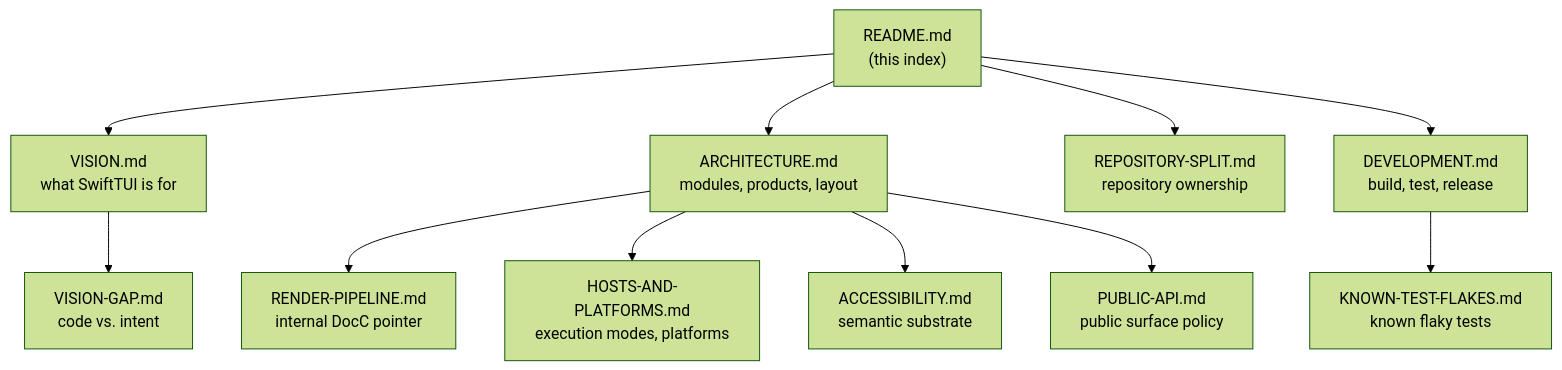
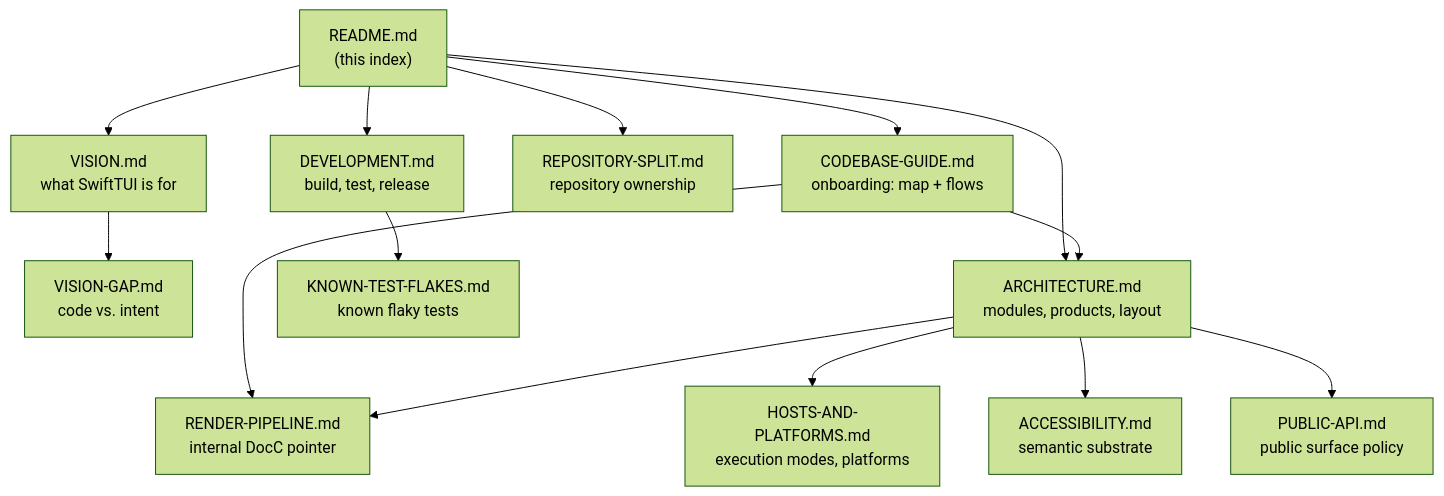
One commit to SwiftTUI/swift-tui changed the diagram in docs/README.md. Above: the diagram before and after it, drawn with Mermaid (forest theme). The commit also changed other lines of this file and 1 other file, not shown here.

Commit message:
docs: add CODEBASE-GUIDE.md — onboarding map + end-to-end flows
A first-week onboarding guide for new engineers, written on top of the
code-quality refactor merge so it describes the codebase AFTER the god-object
removal:
- Horizontal map: module/dependency graph, the phase-products-vs-runtime-stages
  duality, and a "Where does X live?" subsystem table.
- Vertical traces in the Runtime-Render-Pipeline style (mental model -> callpath
  -> Code Map -> steps -> invariants): the interaction->update loop, app
  bootstrap & run-loop lifecycle, and one app -> five hosts; plus a condensed
  link to the existing render-pipeline trace.
- Notes the post-refactor structure: ViewGraph's retained fields grouped into
  nine value sub-structs (ViewGraphFieldGroups.swift) and AnimationController's
  checkpoint state into four (AnimationControllerSubstructs.swift); line refs
  resolved against this branch.

Indexed from docs/README.md as the "start here for new engineers" entry.

[on the integration/code-quality-refactors review branch]

````diff
--- a/docs/README.md
+++ b/docs/README.md
@@ -14,25 +14,29 @@
 ```mermaid
 flowchart TD
     README["README.md<br/>(this index)"]
+    GUIDE["CODEBASE-GUIDE.md<br/>onboarding: map + flows"]
     VISION["VISION.md<br/>what SwiftTUI is for"]
     GAP["VISION-GAP.md<br/>code vs. intent"]
     ARCH["ARCHITECTURE.md<br/>modules, products, layout"]
     SPLIT["REPOSITORY-SPLIT.md<br/>repository ownership"]
     PIPE["RENDER-PIPELINE.md<br/>internal DocC pointer"]
     HOSTS["HOSTS-AND-PLATFORMS.md<br/>execution modes, platforms"]
     A11Y["ACCESSIBILITY.md<br/>semantic substrate"]
     API["PUBLIC-API.md<br/>public surface policy"]
     DEV["DEVELOPMENT.md<br/>build, test, release"]
     FLAKES["KNOWN-TEST-FLAKES.md<br/>known flaky tests"]
 
+    README --> GUIDE
     README --> VISION
     README --> ARCH
+    GUIDE --> ARCH
+    GUIDE --> PIPE
     README --> SPLIT
     README --> DEV
     VISION --> GAP
     ARCH --> PIPE
     ARCH --> HOSTS
     ARCH --> A11Y
     ARCH --> API
     DEV --> FLAKES
 ```
````
